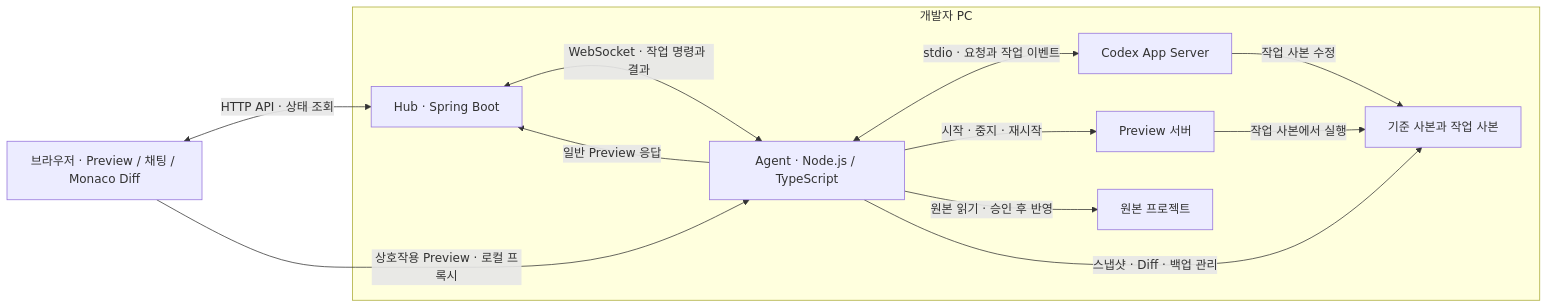
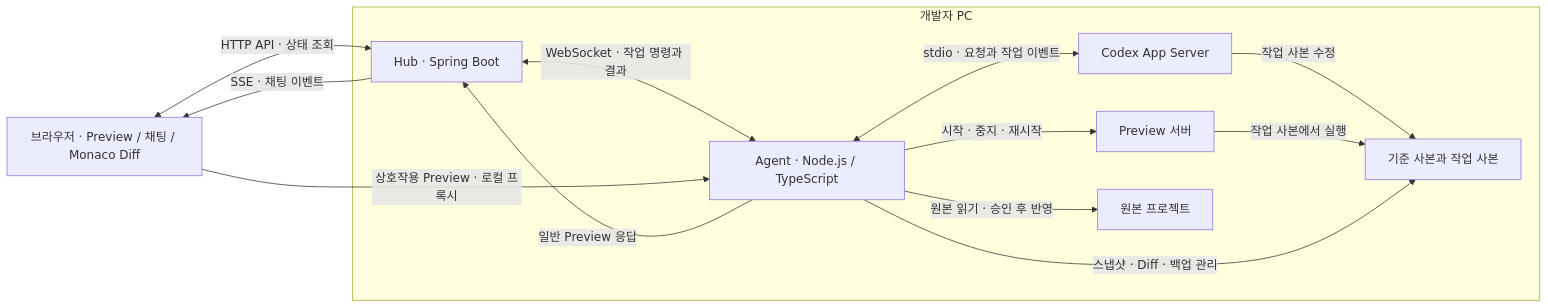
Before and after one commit to dsds60321/ai-visual-editor: the second of 2 diagrams in README.md, drawn with Mermaid. The commit also changed other lines of this file and 15 other files, not shown here.

````diff
--- a/README.md
+++ b/README.md
@@ -39,24 +39,25 @@
 ```mermaid
 flowchart LR
     UI["브라우저 · Preview / 채팅 / Monaco Diff"]
 
     subgraph Local["개발자 PC"]
         Hub["Hub · Spring Boot"]
         Agent["Agent · Node.js / TypeScript"]
         Codex["Codex App Server"]
         Work["기준 사본과 작업 사본"]
         Preview["Preview 서버"]
         Original["원본 프로젝트"]
     end
 
     UI <-->|"HTTP API · 상태 조회"| Hub
+    Hub -->|"SSE · 채팅 이벤트"| UI
     Hub <-->|"WebSocket · 작업 명령과 결과"| Agent
     Agent <-->|"stdio · 요청과 작업 이벤트"| Codex
     Codex -->|"작업 사본 수정"| Work
     Agent -->|"시작 · 중지 · 재시작"| Preview
     Preview -->|"작업 사본에서 실행"| Work
     Agent -->|"원본 읽기 · 승인 후 반영"| Original
     Agent -->|"스냅샷 · Diff · 백업 관리"| Work
     UI -->|"상호작용 Preview · 로컬 프록시"| Agent
     Agent -->|"일반 Preview 응답"| Hub
 ```
````
